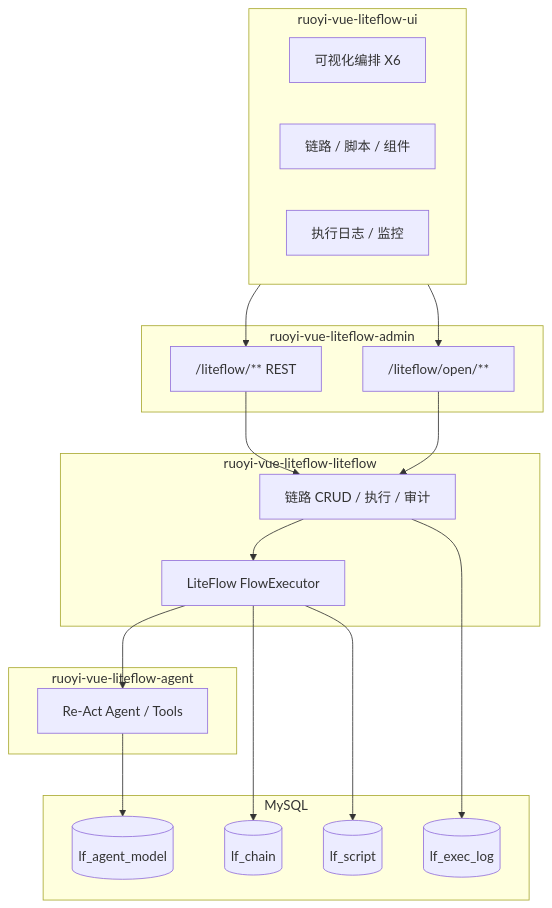
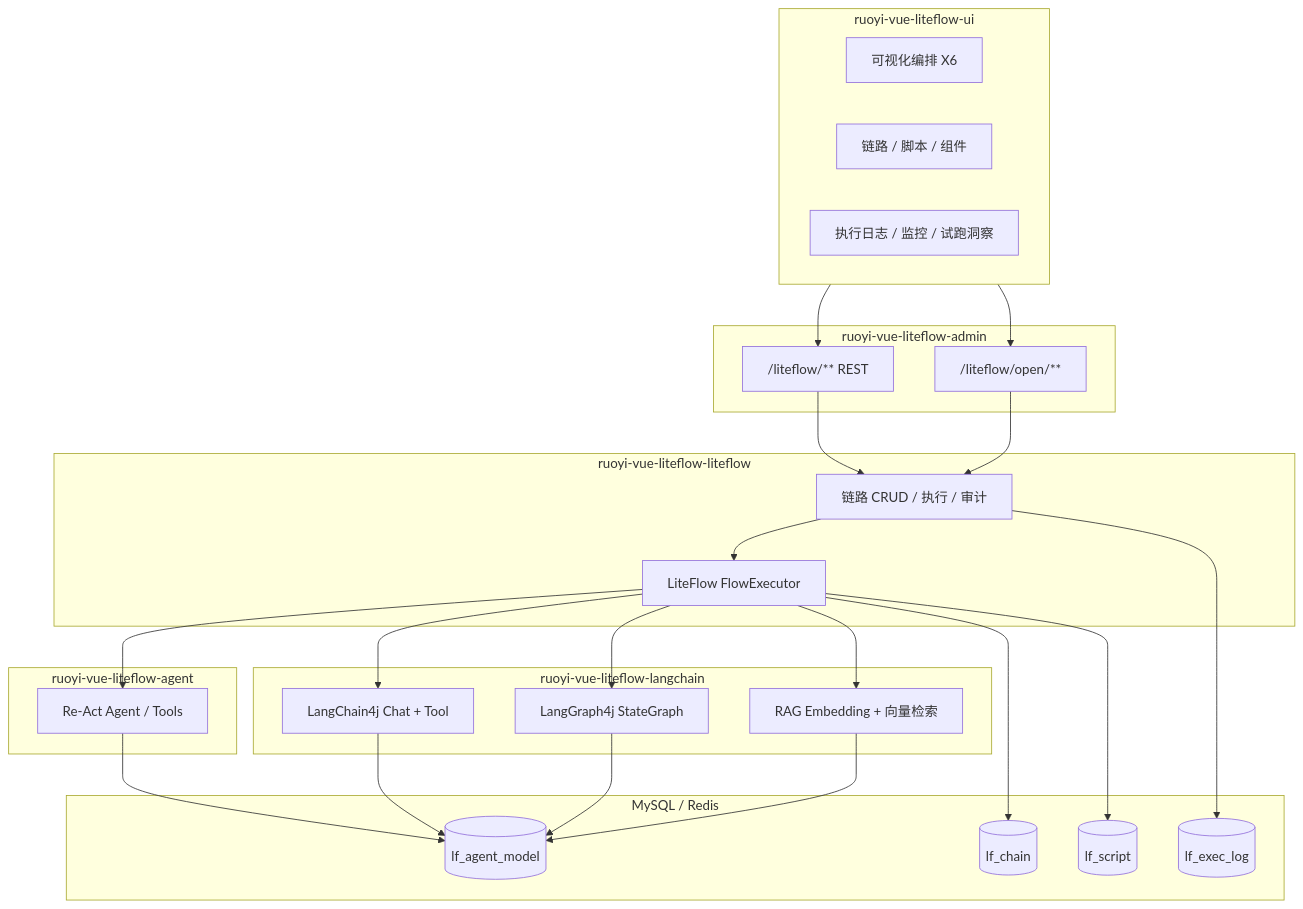
One commit to zhbdream/RuoYi-Vue-LiteFlow changed the diagram in README.md. Above: the diagram before and after it, drawn with Mermaid. The commit also changed other lines of this file and 36 other files, not shown here.

Commit message:
feat: 增加 LangChain4j / LangGraph4j / RAG 节点与 Demo

````diff
--- a/README.md
+++ b/README.md
@@ -91,40 +105,52 @@
 ```mermaid
 flowchart TB
   subgraph UI["ruoyi-vue-liteflow-ui"]
     Editor[可视化编排 X6]
     Chain[链路 / 脚本 / 组件]
-    Log[执行日志 / 监控]
+    Log[执行日志 / 监控 / 试跑洞察]
   end
 
   subgraph Admin["ruoyi-vue-liteflow-admin"]
     API["/liteflow/** REST"]
     OpenAPI["/liteflow/open/**"]
   end
 
   subgraph Core["ruoyi-vue-liteflow-liteflow"]
     Svc[链路 CRUD / 执行 / 审计]
     LF[LiteFlow FlowExecutor]
   end
 
   subgraph Agent["ruoyi-vue-liteflow-agent"]
     ReAct[Re-Act Agent / Tools]
   end
 
-  subgraph Store["MySQL"]
+  subgraph Lc["ruoyi-vue-liteflow-langchain"]
+    Chat[LangChain4j Chat + Tool]
+    Graph[LangGraph4j StateGraph]
+    Rag[RAG Embedding + 向量检索]
+  end
+
+  subgraph Store["MySQL / Redis"]
     ChainTbl[(lf_chain)]
     ScriptTbl[(lf_script)]
     LogTbl[(lf_exec_log)]
     ModelTbl[(lf_agent_model)]
   end
 
   UI --> API
   UI --> OpenAPI
   API --> Svc
   OpenAPI --> Svc
   Svc --> LF
   LF --> ReAct
+  LF --> Chat
+  LF --> Graph
+  LF --> Rag
   LF --> ChainTbl
   LF --> ScriptTbl
   Svc --> LogTbl
   ReAct --> ModelTbl
+  Chat --> ModelTbl
+  Graph --> ModelTbl
+  Rag --> ModelTbl
 ```
````
